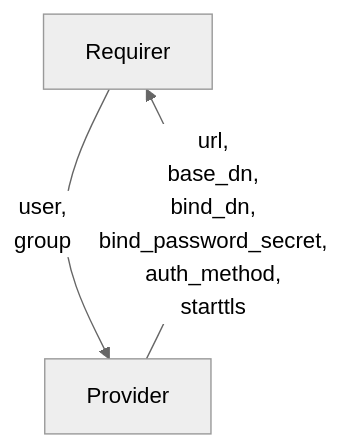
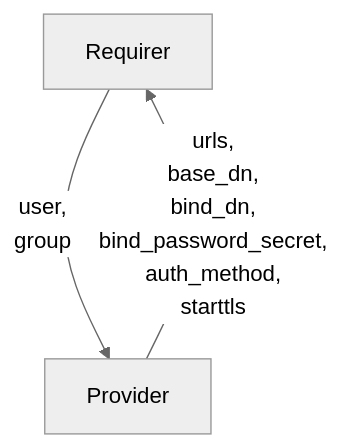
The diagram in interfaces/ldap/v0/README.md (canonical/charm-relation-interfaces), drawn with Mermaid (neutral theme) before and after one commit. The commit also changed other lines of this file and 1 other file, not shown here.

Commit message:
fix: `url: AnyURL` -> `urls: typing.List[AnyURL]`

````diff
--- a/interfaces/ldap/v0/README.md
+++ b/interfaces/ldap/v0/README.md
@@ -17,5 +17,5 @@
 ```mermaid
 flowchart TD
     Requirer -- user, \ngroup --> Provider
-    Provider -- url, \nbase_dn, \nbind_dn, \nbind_password_secret, \nauth_method, \nstarttls --> Requirer
+    Provider -- urls, \nbase_dn, \nbind_dn, \nbind_password_secret, \nauth_method, \nstarttls --> Requirer
 ```
````
